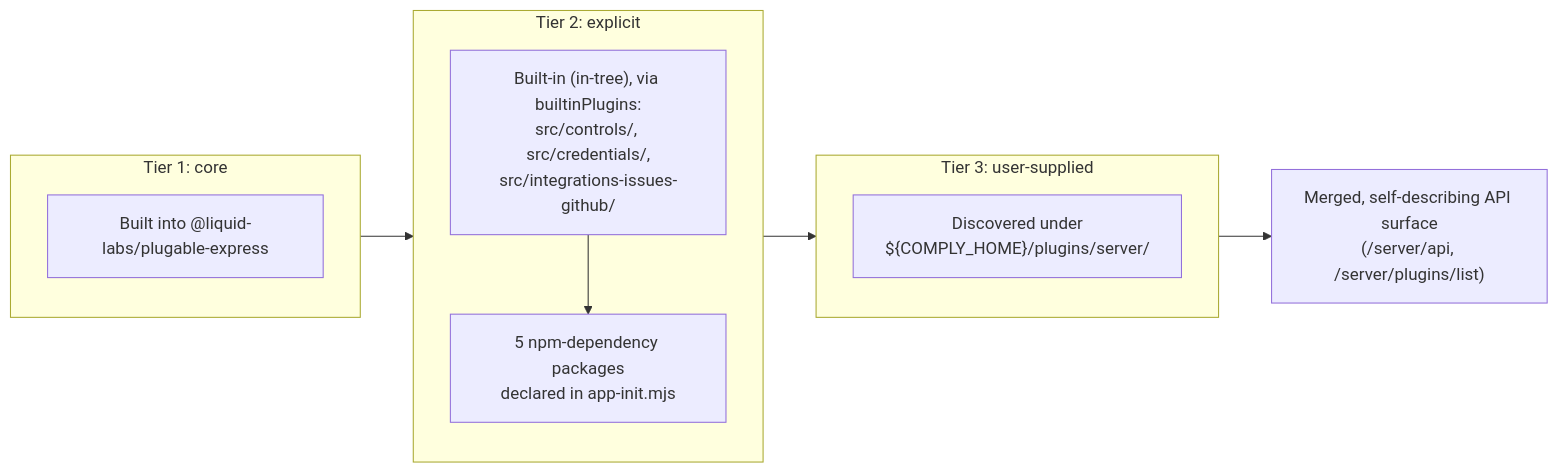
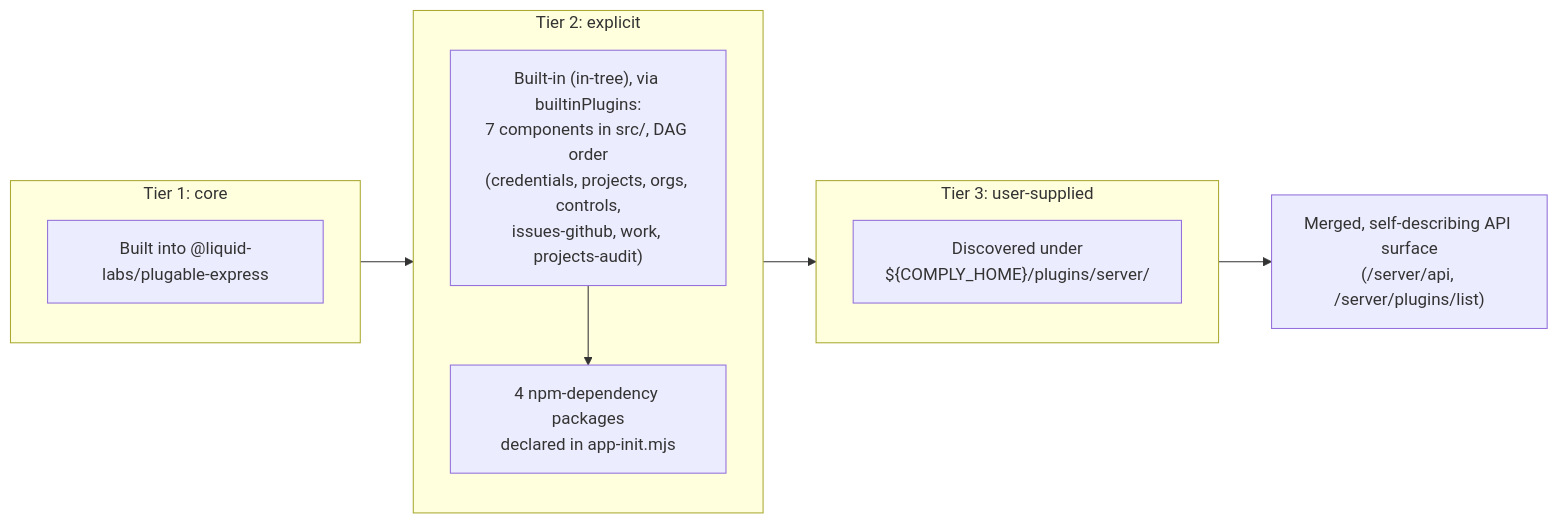
The diagram in docs/architecture/plugin-loading-tiers.md (sdlcforge/core-server), drawn with Mermaid before and after one commit. The commit also changed other lines of this file and 1 other file, not shown here.

Commit message:
wip(sdlc-core-unification): update docs/architecture/plugin-loading-tiers.md and docs/project-structure.md for seven-component builtin set

````diff
--- a/docs/architecture/plugin-loading-tiers.md
+++ b/docs/architecture/plugin-loading-tiers.md
@@ -22,18 +22,18 @@
 ```mermaid
 flowchart LR
     subgraph T1["Tier 1: core"]
         direction TB
         A["Built into @liquid-labs/plugable-express"]
     end
     subgraph T2["Tier 2: explicit"]
         direction TB
-        BI["Built-in (in-tree), via builtinPlugins:<br/>src/controls/, src/credentials/,<br/>src/integrations-issues-github/"]
-        B["5 npm-dependency packages<br/>declared in app-init.mjs"]
+        BI["Built-in (in-tree), via builtinPlugins:<br/>7 components in src/, DAG order<br/>(credentials, projects, orgs, controls,<br/>issues-github, work, projects-audit)"]
+        B["4 npm-dependency packages<br/>declared in app-init.mjs"]
         BI --> B
     end
     subgraph T3["Tier 3: user-supplied"]
         direction TB
         C["Discovered under<br/>${COMPLY_HOME}/plugins/server/"]
     end
     T1 --> T2 --> T3 --> API["Merged, self-describing API surface<br/>(/server/api, /server/plugins/list)"]
 ```
````
